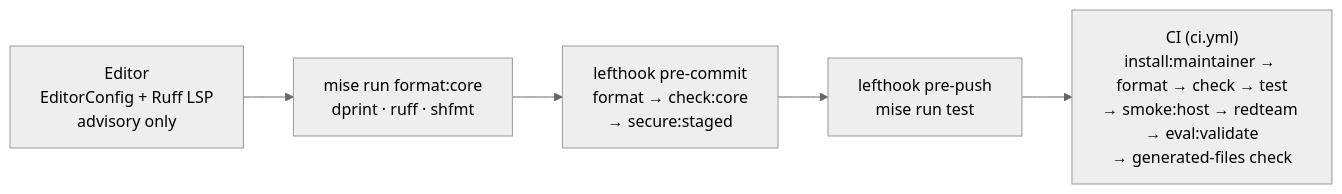
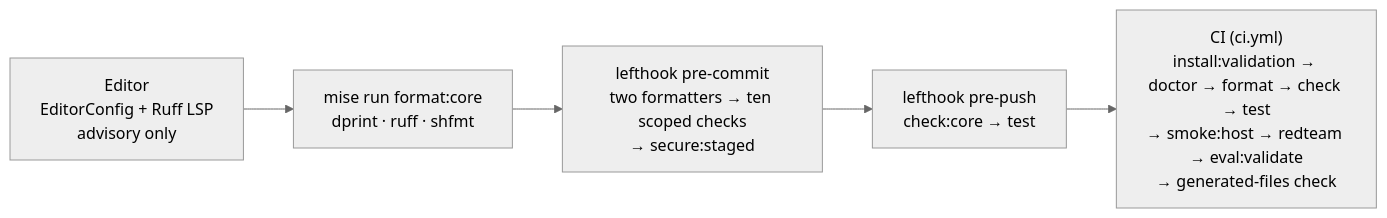
Before and after one commit to LuiGGi629/agentops-open-course: the second of 2 diagrams in docs/1. Setup/1.5. Workspace.md, drawn with Mermaid (neutral theme). The commit also changed other lines of this file and 44 other files, not shown here.

````diff
--- a/docs/1. Setup/1.5. Workspace.md
+++ b/docs/1. Setup/1.5. Workspace.md
@@ -181,7 +198,7 @@
 ```mermaid
 flowchart LR
     E["Editor<br/>EditorConfig + Ruff LSP<br/>advisory only"] --> F["mise run format:core<br/>dprint · ruff · shfmt"]
-    F --> PC["lefthook pre-commit<br/>format → check:core<br/>→ secure:staged"]
-    PC --> PP["lefthook pre-push<br/>mise run test"]
-    PP --> CI["CI (ci.yml)<br/>install:maintainer → format → check → test<br/>→ smoke:host → redteam → eval:validate<br/>→ generated-files check"]
+    F --> PC["lefthook pre-commit<br/>two formatters → ten scoped checks<br/>→ secure:staged"]
+    PC --> PP["lefthook pre-push<br/>check:core → test"]
+    PP --> CI["CI (ci.yml)<br/>install:validation → doctor → format → check → test<br/>→ smoke:host → redteam → eval:validate<br/>→ generated-files check"]
 ```
````
